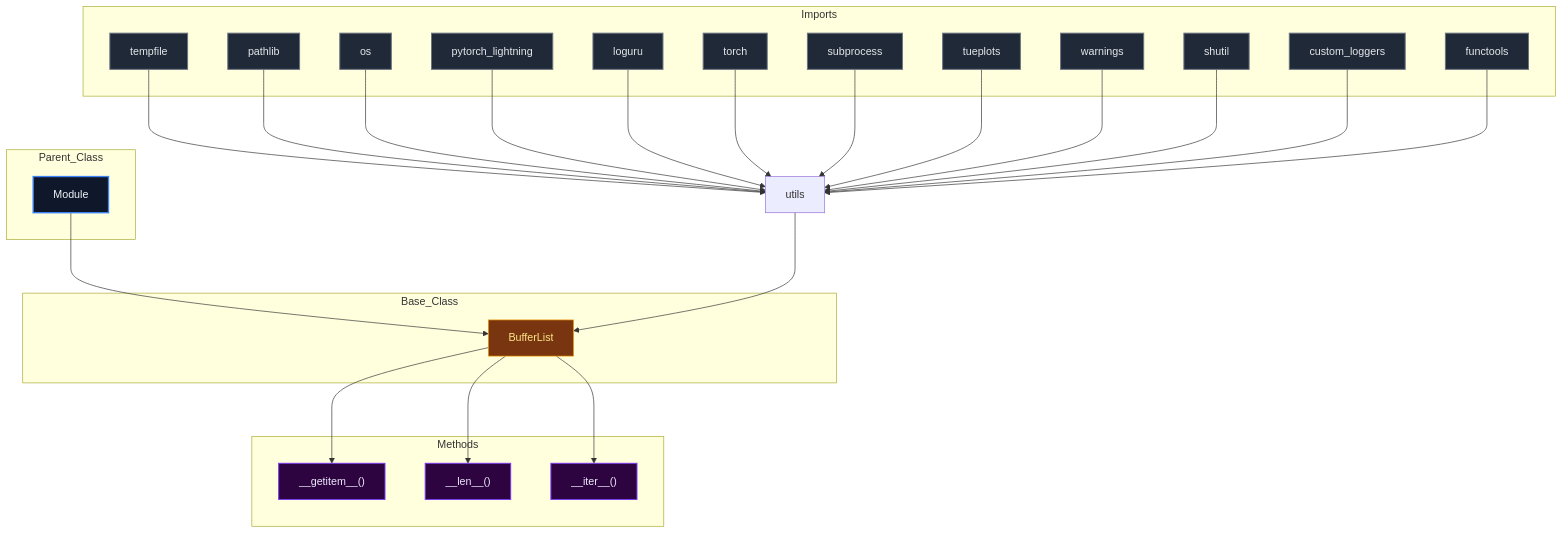
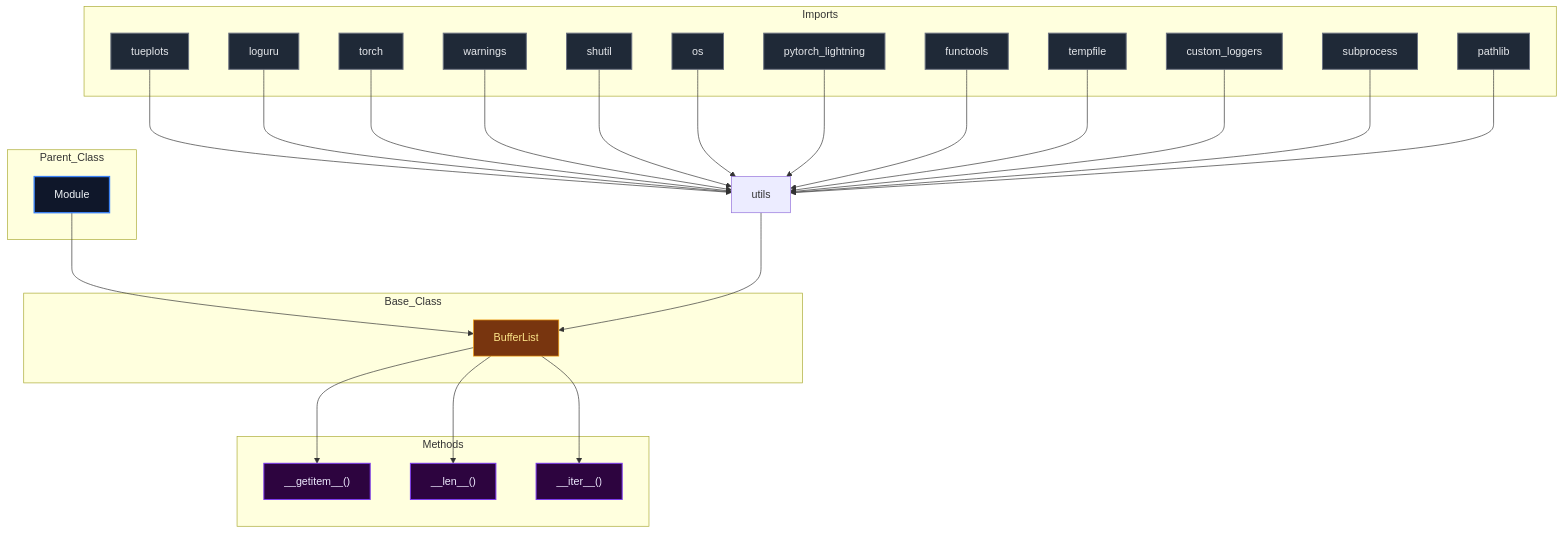
One commit to mllam/neural-lam changed the diagram in docs/diagrams/utils_diagram.md. Above: the diagram before and after it, drawn with Mermaid. The commit also changed 21 other files, not shown here.

Commit message:
Auto-update Mermaid diagrams

````diff
--- a/docs/diagrams/utils_diagram.md
+++ b/docs/diagrams/utils_diagram.md
@@ -1,66 +1,66 @@
 ```mermaid
 %%{init: {'flowchart': {'nodeSpacing': 60, 'rankSpacing': 80}}}%%
 flowchart TD
 
 module["utils"]
 
 subgraph Parent_Class
     Module["Module"]
 end
 
 subgraph Base_Class
     BufferList["BufferList"]
 end
 
     Module --> BufferList
 
 subgraph Imports
-    tempfile["tempfile"]
-    pathlib["pathlib"]
+    tueplots["tueplots"]
+    loguru["loguru"]
+    torch["torch"]
+    warnings["warnings"]
+    shutil["shutil"]
     os["os"]
     pytorch_lightning["pytorch_lightning"]
-    loguru["loguru"]
-    torch["torch"]
+    functools["functools"]
+    tempfile["tempfile"]
+    custom_loggers["custom_loggers"]
     subprocess["subprocess"]
-    tueplots["tueplots"]
-    warnings["warnings"]
-    shutil["shutil"]
-    custom_loggers["custom_loggers"]
-    functools["functools"]
+    pathlib["pathlib"]
 end
 
-    tempfile --> module
-    pathlib --> module
+    tueplots --> module
+    loguru --> module
+    torch --> module
+    warnings --> module
+    shutil --> module
     os --> module
     pytorch_lightning --> module
-    loguru --> module
-    torch --> module
+    functools --> module
+    tempfile --> module
+    custom_loggers --> module
     subprocess --> module
-    tueplots --> module
-    warnings --> module
-    shutil --> module
-    custom_loggers --> module
-    functools --> module
+    pathlib --> module
     module --> BufferList
 
 subgraph Methods
     BufferList___getitem__["__getitem__()"]
     BufferList___len__["__len__()"]
     BufferList___iter__["__iter__()"]
 end
 
     BufferList --> BufferList___getitem__
     BufferList --> BufferList___len__
     BufferList --> BufferList___iter__
 
 classDef parent fill:#0f172a,stroke:#3b82f6,stroke-width:2px,color:#f1f5f9,font-size:16px
 classDef base fill:#78350f,stroke:#f59e0b,stroke-width:1px,color:#fde68a,font-size:16px
 classDef import fill:#1f2937,stroke:#6b7280,stroke-width:1.5px,color:#e5e7eb,font-size:16px
 classDef method fill:#2d043f,stroke:#7c3aed,stroke-width:1.5px,color:#ede9fe,font-size:16px
 classDef callNode fill:#064e3b,stroke:#10b981,stroke-width:1.5px,color:#d1fae5,font-size:16px
 class Module parent
 class BufferList base
-class tempfile,pathlib,os,pytorch_lightning,loguru,torch,subprocess,tueplots,warnings,shutil,custom_loggers,functools import
+class tueplots,loguru,torch,warnings,shutil,os,pytorch_lightning,functools,tempfile,custom_loggers,subprocess,pathlib import
 class BufferList___getitem__,BufferList___len__,BufferList___iter__ method
 
 ```
````
